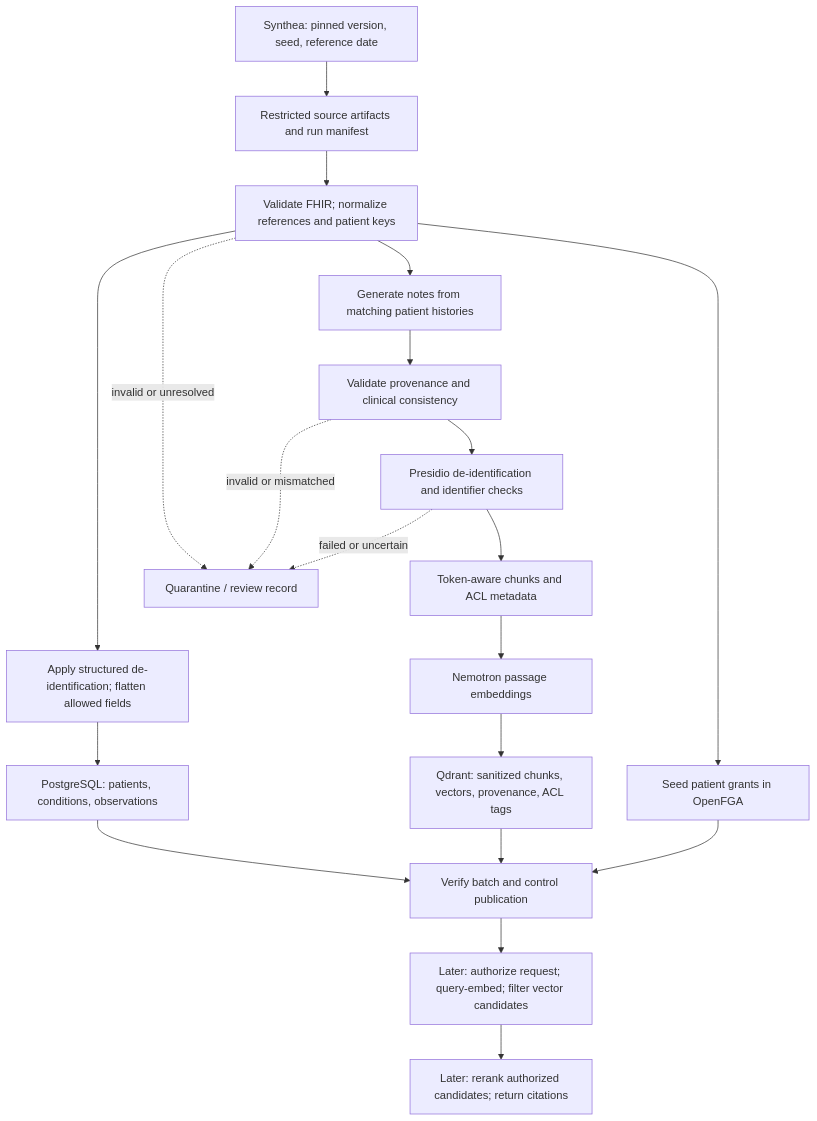
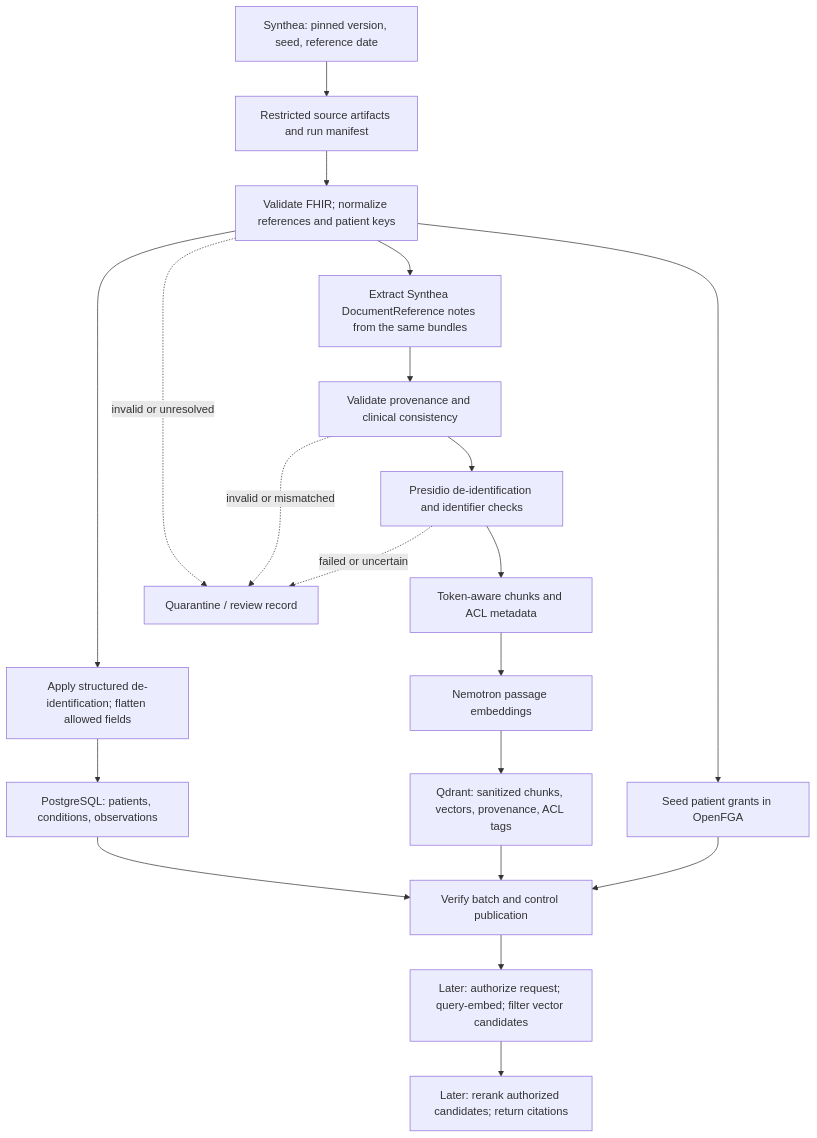
One commit to Swiss-ai-Weeks/secure-clinical-agent changed the diagram in backend/ingestion/plan.md. Above: the diagram before and after it, drawn with Mermaid. The commit also changed other lines of this file and 17 other files, not shown here.

Commit message:
Implement reproducible Synthea source worker and document vector search handoff

````diff
--- a/backend/ingestion/plan.md
+++ b/backend/ingestion/plan.md
@@ -15,22 +15,22 @@
 ```mermaid
 flowchart TD
     S["Synthea: pinned version, seed, reference date"] --> R["Restricted source artifacts and run manifest"]
     R --> V["Validate FHIR; normalize references and patient keys"]
     V --> F["Apply structured de-identification; flatten allowed fields"]
     F --> P["PostgreSQL: patients, conditions, observations"]
-    V --> G["Generate notes from matching patient histories"]
+    V --> G["Extract Synthea DocumentReference notes from the same bundles"]
     G --> N["Validate provenance and clinical consistency"]
     N --> D["Presidio de-identification and identifier checks"]
     D --> C["Token-aware chunks and ACL metadata"]
     C --> E["Nemotron passage embeddings"]
     E --> Q["Qdrant: sanitized chunks, vectors, provenance, ACL tags"]
     V --> A["Seed patient grants in OpenFGA"]
     P --> B["Verify batch and control publication"]
     Q --> B
     A --> B
     V -. "invalid or unresolved" .-> X["Quarantine / review record"]
     N -. "invalid or mismatched" .-> X
     D -. "failed or uncertain" .-> X
     B --> T["Later: authorize request; query-embed; filter vector candidates"]
     T --> RR["Later: rerank authorized candidates; return citations"]
 ```
````
